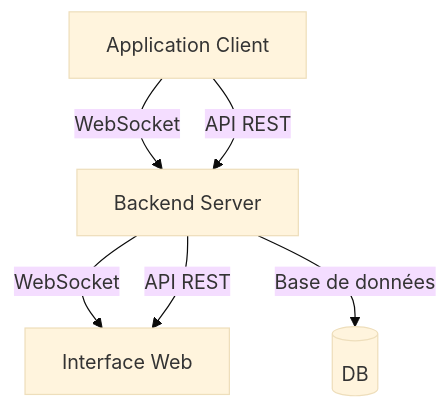
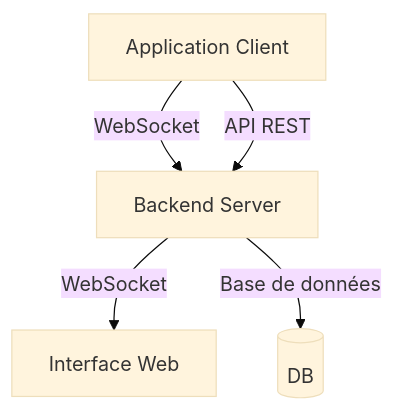
One commit to NEHONIX/NehonixSmartLogger changed the diagram in README.md. Above: the diagram before and after it, drawn with Mermaid (base theme). The commit also changed other lines of this file, not shown here.

````diff
--- a/README.md
+++ b/README.md
@@ -32,8 +212,7 @@
 ```mermaid
 graph TD
     A[Application Client] -->|WebSocket| B[Backend Server]
     A -->|API REST| B
     B -->|WebSocket| C[Interface Web]
-    B -->|API REST| C
     B -->|Base de données| D[(DB)]
 ```
````
